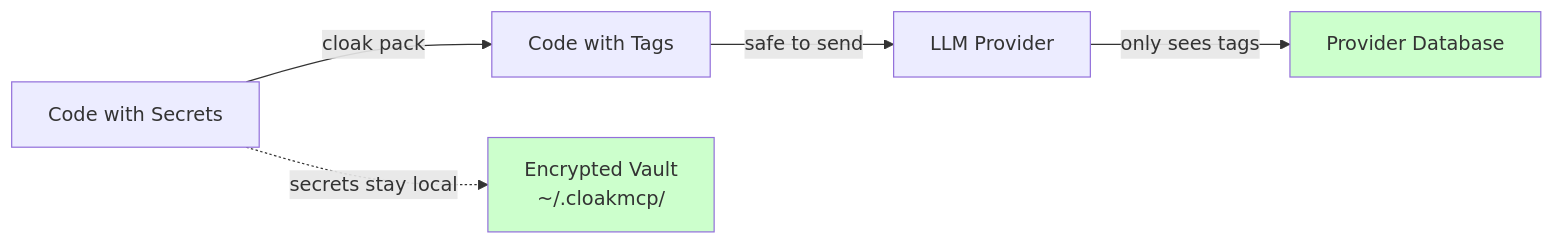
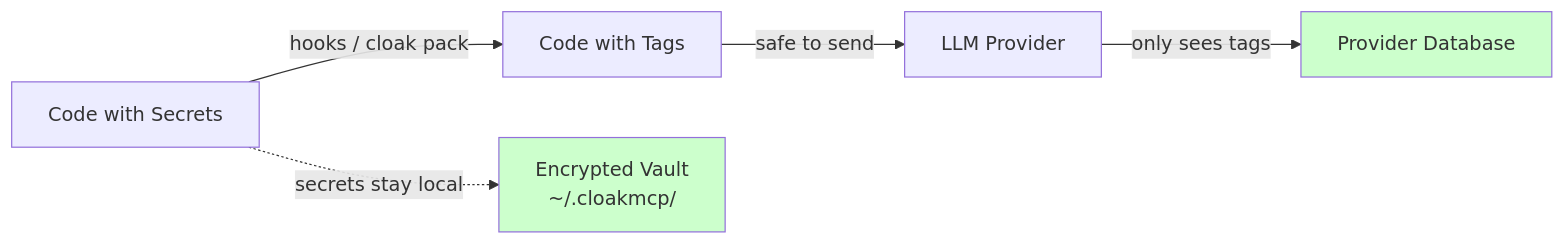
Before and after one commit to ovitrac/CloakMCP: the fourth of 5 diagrams in README.md, drawn with Mermaid. The commit also changed other lines of this file and 35 other files, not shown here.

First line of the commit message:
feat(v0.5.0): MCP server, Claude Code hooks, demo suite, package rename

````diff
--- a/README.md
+++ b/README.md
@@ -228,9 +398,9 @@
 ```mermaid
 graph LR
-    A[Code with Secrets] -->|cloak pack| B[Code with Tags]
+    A[Code with Secrets] -->|hooks / cloak pack| B[Code with Tags]
     B -->|safe to send| C[LLM Provider]
     C -->|only sees tags| D[Provider Database]
     A -.secrets stay local.-> E[Encrypted Vault<br/>~/.cloakmcp/]
     style E fill:#ccffcc
     style D fill:#ccffcc
 ```
````
